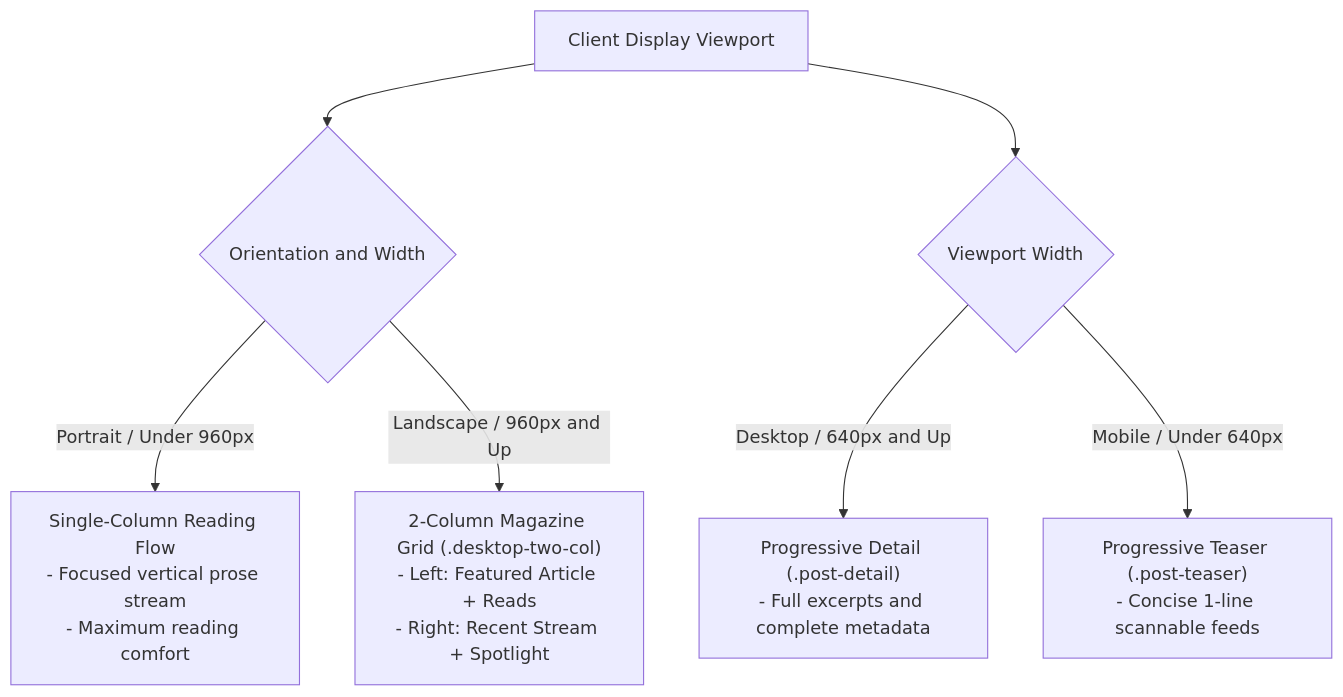
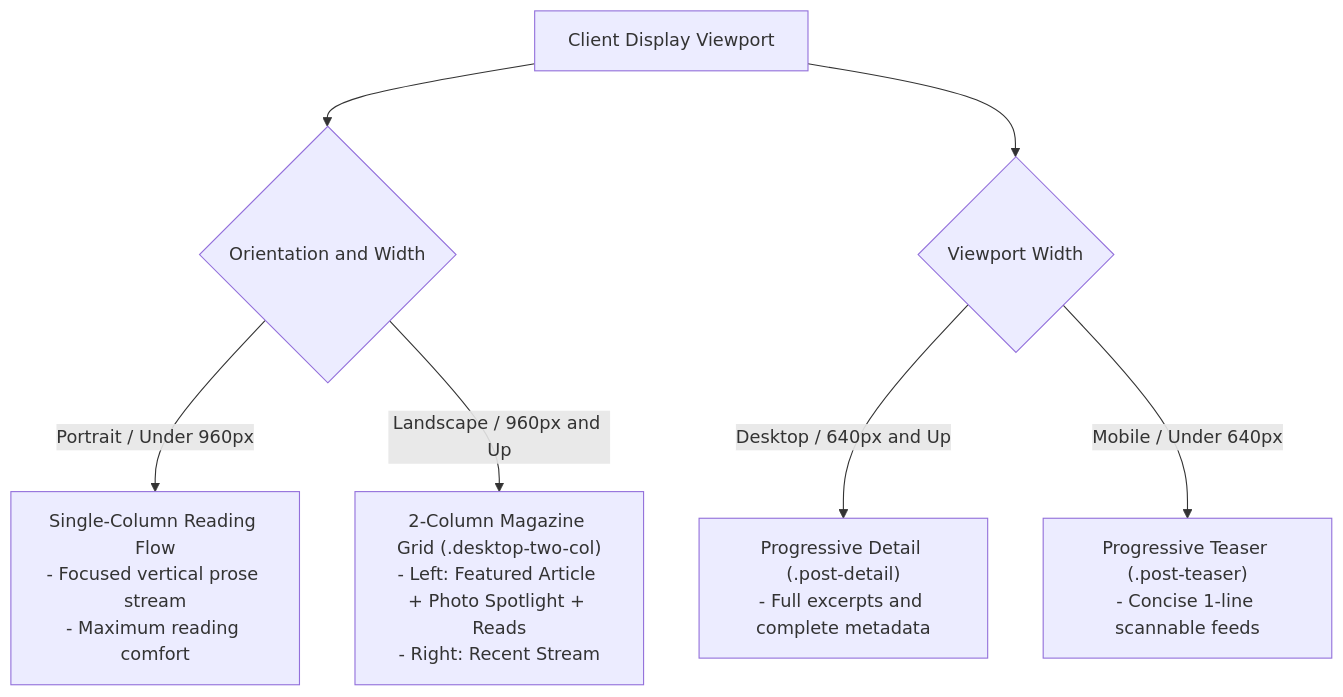
Before and after one commit to jimcollinsworth/jimcollinsworth.github.io: the third of 3 diagrams in docs/cheatsheets/content_authoring.md, drawn with Mermaid. The commit also changed 8 other files, not shown here.

Commit message:
feat: reorder photo spotlight after featured post on homepage (v0.7.7)

````diff
--- a/docs/cheatsheets/content_authoring.md
+++ b/docs/cheatsheets/content_authoring.md
@@ -115,12 +115,12 @@
 ```mermaid
 flowchart TD
   DEV["Client Display Viewport"]
   DEV --> OR{"Orientation and Width"}
 
   OR -->|Portrait / Under 960px| PORT["Single-Column Reading Flow<br/>- Focused vertical prose stream<br/>- Maximum reading comfort"]
-  OR -->|Landscape / 960px and Up| LAND["2-Column Magazine Grid (.desktop-two-col)<br/>- Left: Featured Article + Reads<br/>- Right: Recent Stream + Spotlight"]
+  OR -->|Landscape / 960px and Up| LAND["2-Column Magazine Grid (.desktop-two-col)<br/>- Left: Featured Article + Photo Spotlight + Reads<br/>- Right: Recent Stream"]
 
   DEV --> DENS{"Viewport Width"}
   DENS -->|Desktop / 640px and Up| DET["Progressive Detail (.post-detail)<br/>- Full excerpts and complete metadata"]
   DENS -->|Mobile / Under 640px| TEAS["Progressive Teaser (.post-teaser)<br/>- Concise 1-line scannable feeds"]
 ```
````
